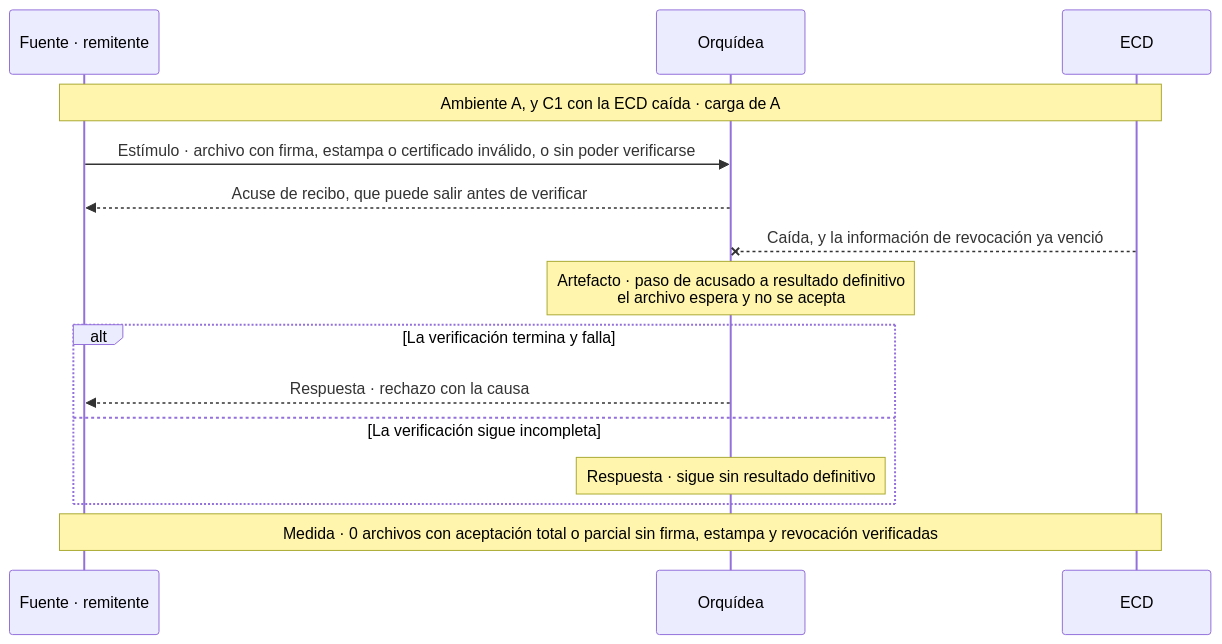
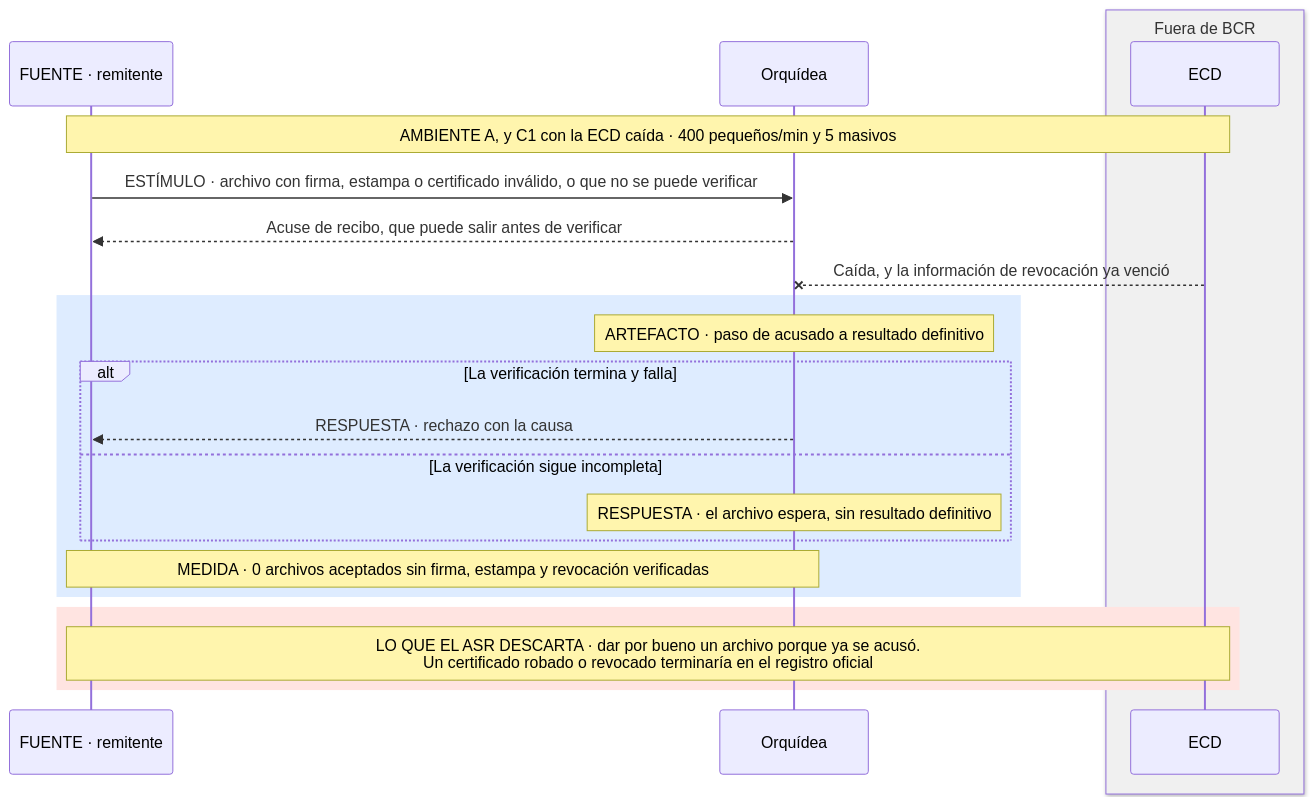
Before and after one commit to MATI-MBIT/arqsoft-reto-4: the third of 17 diagrams in docs/quality-attributes.md, drawn with Mermaid. The commit also changed other lines of this file, not shown here.

Commit message:
Rediseña los diagramas de los ASR: banda de lo medido y banda de lo que el ASR descarta

````diff
--- a/docs/quality-attributes.md
+++ b/docs/quality-attributes.md
@@ -212,17 +224,24 @@
 ```mermaid
 sequenceDiagram
-    participant R as Fuente · remitente
+    participant R as FUENTE · remitente
     participant O as Orquídea
+    box rgb(240,240,240) Fuera de BCR
     participant E as ECD
-    Note over R,E: Ambiente A, y C1 con la ECD caída · carga de A
-    R->>O: Estímulo · archivo con firma, estampa o certificado inválido, o sin poder verificarse
+    end
+    Note over R,E: AMBIENTE A, y C1 con la ECD caída · 400 pequeños/min y 5 masivos
+    R->>O: ESTÍMULO · archivo con firma, estampa o certificado inválido, o que no se puede verificar
     O-->>R: Acuse de recibo, que puede salir antes de verificar
     E--xO: Caída, y la información de revocación ya venció
-    Note over O: Artefacto · paso de acusado a resultado definitivo<br/>el archivo espera y no se acepta
+    rect rgb(222, 236, 255)
+    Note over O: ARTEFACTO · paso de acusado a resultado definitivo
     alt La verificación termina y falla
-        O-->>R: Respuesta · rechazo con la causa
+        O-->>R: RESPUESTA · rechazo con la causa
     else La verificación sigue incompleta
-        Note over O: Respuesta · sigue sin resultado definitivo
+        Note over O: RESPUESTA · el archivo espera, sin resultado definitivo
     end
-    Note over R,E: Medida · 0 archivos con aceptación total o parcial sin firma, estampa y revocación verificadas
+    Note over R,O: MEDIDA · 0 archivos aceptados sin firma, estampa y revocación verificadas
+    end
+    rect rgb(255, 228, 225)
+    Note over R,E: LO QUE EL ASR DESCARTA · dar por bueno un archivo porque ya se acusó.<br/>Un certificado robado o revocado terminaría en el registro oficial
+    end
 ```
````
